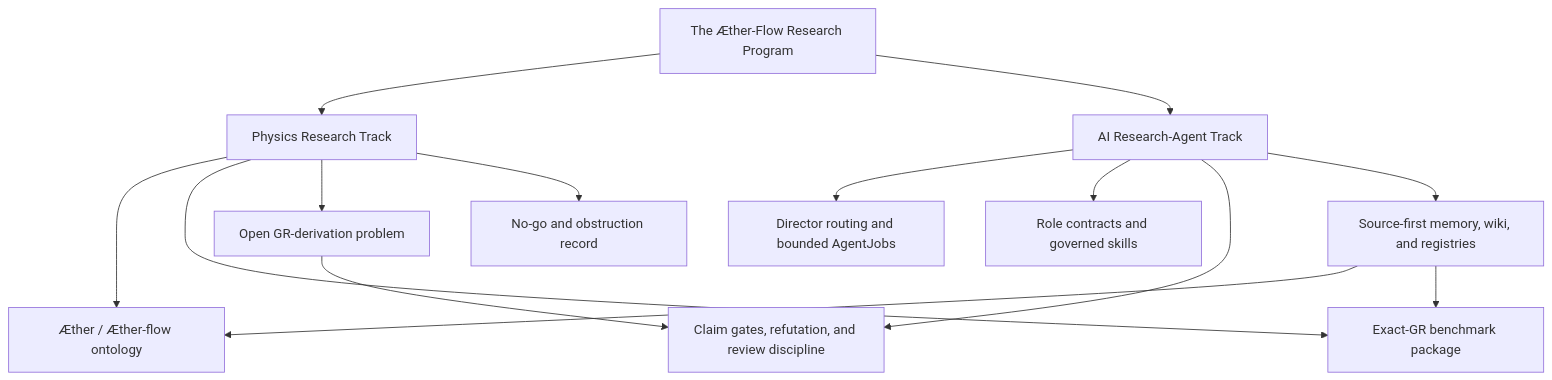
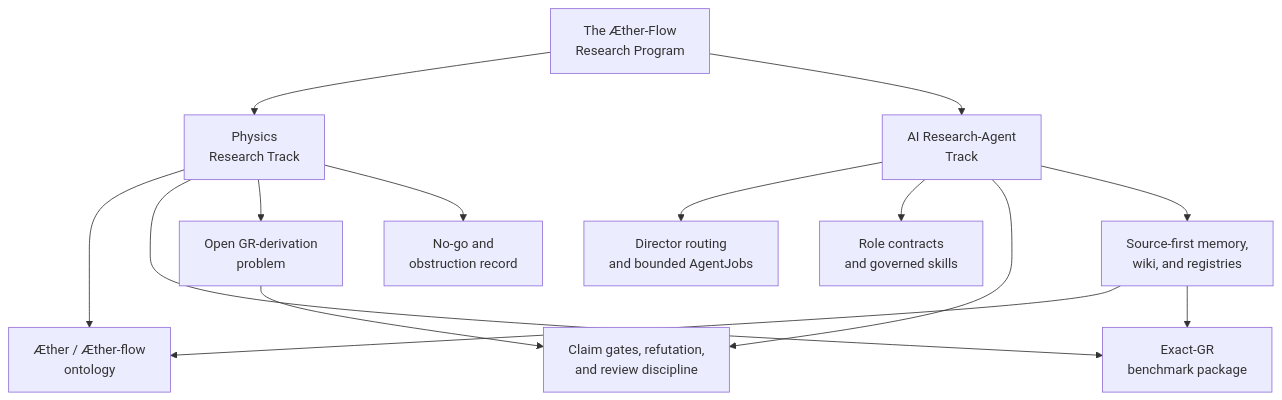
The diagram in README.md (AngryOwlAI/The-AEther-Flow), drawn with Mermaid before and after one commit. The commit also changed 34 other files, not shown here.

Commit message:
Fix Mermaid label wrapping in project overview graph

````diff
--- a/README.md
+++ b/README.md
@@ -45,23 +45,23 @@
 ```mermaid
 flowchart TB
-    program["The Æther-Flow Research Program"]
-    physics["Physics Research Track"]
-    ai["AI Research-Agent Track"]
+    program["The Æther-Flow<br/>Research Program"]
+    physics["Physics<br/>Research Track"]
+    ai["AI Research-Agent<br/>Track"]
 
     program --> physics
     program --> ai
 
-    physics --> ontology["Æther / Æther-flow ontology"]
-    physics --> benchmark["Exact-GR benchmark package"]
-    physics --> derivation["Open GR-derivation problem"]
-    physics --> obstructions["No-go and obstruction record"]
+    physics --> ontology["Æther / Æther-flow<br/>ontology"]
+    physics --> benchmark["Exact-GR<br/>benchmark package"]
+    physics --> derivation["Open GR-derivation<br/>problem"]
+    physics --> obstructions["No-go and<br/>obstruction record"]
 
-    ai --> routing["Director routing and bounded AgentJobs"]
-    ai --> roles["Role contracts and governed skills"]
-    ai --> gates["Claim gates, refutation, and review discipline"]
-    ai --> memory["Source-first memory, wiki, and registries"]
+    ai --> routing["Director routing<br/>and bounded AgentJobs"]
+    ai --> roles["Role contracts<br/>and governed skills"]
+    ai --> gates["Claim gates, refutation,<br/>and review discipline"]
+    ai --> memory["Source-first memory,<br/>wiki, and registries"]
 
     derivation --> gates
     memory --> ontology
     memory --> benchmark
 ```
````
